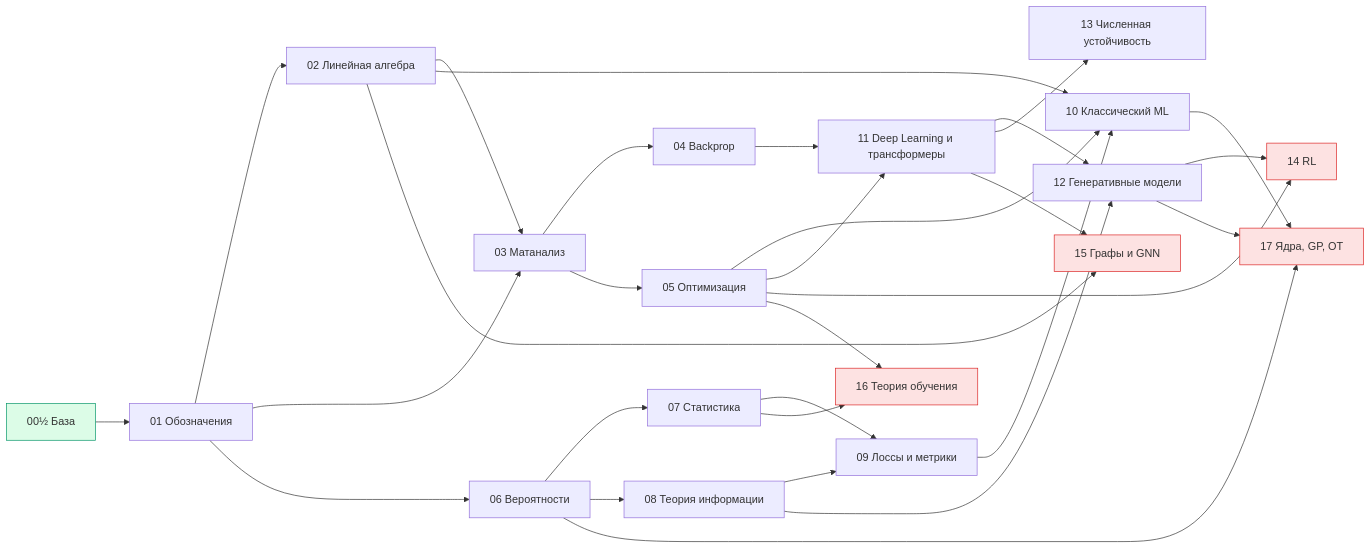
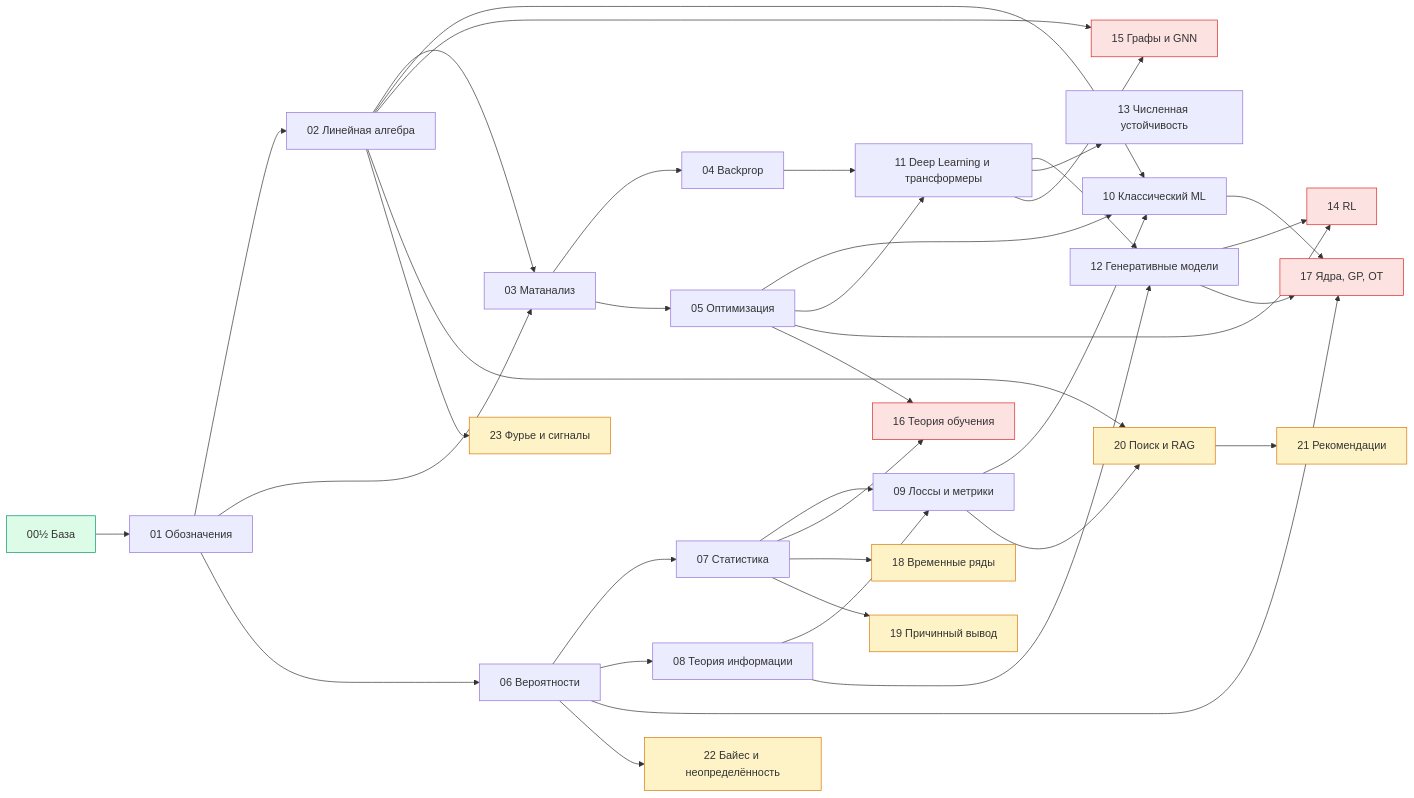
Before and after one commit to justxor/math-for-ai-2026: the first of 32 diagrams in README.md, drawn with Mermaid. The commit also changed other lines of this file, not shown here.

````diff
--- a/README.md
+++ b/README.md
@@ -49,35 +56,44 @@
 ```mermaid
 flowchart LR
   Z[00½ База] --> A
   A[01 Обозначения] --> B[02 Линейная алгебра]
   A --> C[03 Матанализ]
   B --> C
   C --> D[04 Backprop]
   C --> E[05 Оптимизация]
   A --> F[06 Вероятности]
   F --> G[07 Статистика]
   F --> H[08 Теория информации]
   G --> I[09 Лоссы и метрики]
   H --> I
   B --> J[10 Классический ML]
   E --> J
   I --> J
   D --> K[11 Deep Learning и трансформеры]
   E --> K
   K --> L[12 Генеративные модели]
   H --> L
   K --> M[13 Численная устойчивость]
   E --> RL[14 RL]
   L --> RL
   B --> GR[15 Графы и GNN]
   K --> GR
   G --> TH[16 Теория обучения]
   E --> TH
   F --> KO[17 Ядра, GP, OT]
   J --> KO
   L --> KO
+  G --> TS[18 Временные ряды]
+  G --> CA[19 Причинный вывод]
+  B --> RE[20 Поиск и RAG]
+  I --> RE
+  RE --> RS[21 Рекомендации]
+  F --> BY[22 Байес и неопределённость]
+  B --> FO[23 Фурье и сигналы]
   classDef adv fill:#fde2e2,stroke:#dc2626
   classDef base fill:#dcfce7,stroke:#059669
+  classDef app fill:#fef3c7,stroke:#d97706
   class RL,GR,TH,KO adv
+  class TS,CA,RE,RS,BY,FO app
   class Z base
 ```
````
